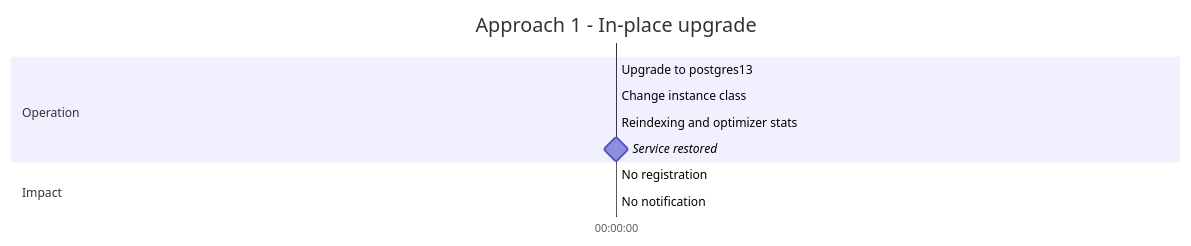
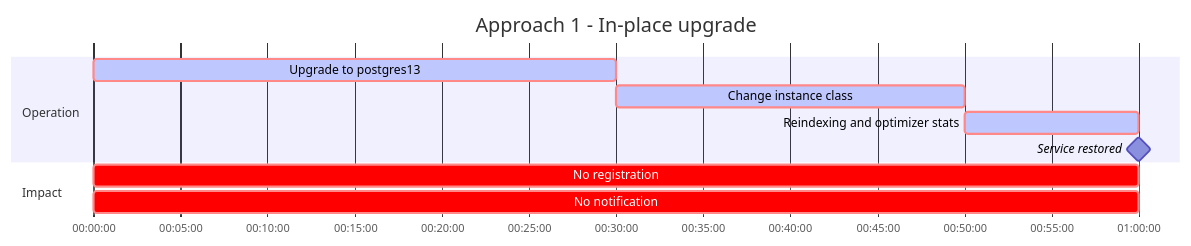
Before and after one commit to guardian/mobile-n10n: the first of 5 diagrams in docs/architecture/03-postgresql-upgrade.md, drawn with Mermaid. The commit also changed other lines of this file, not shown here.

Commit message:
Fix the mermaid diagram of the doc

````diff
--- a/docs/architecture/03-postgresql-upgrade.md
+++ b/docs/architecture/03-postgresql-upgrade.md
@@ -74,14 +74,14 @@
 ```mermaid
 gantt
     title Approach 1 - In-place upgrade
     dateFormat  HH:mm:ss
     axisFormat  %H:%M:%S
     section Operation
-    Upgrade to postgres13             :crit,active, a1, 00:00:00, 30min
-    Change instance class             :crit,active, a2, after a1, 20min
-    Reindexing and optimizer stats    :crit,active, a3, after a2, 10min
-    Service restored                  :milestone, after a3, 0min
+    Upgrade to postgres13             :crit,active, a1, 00:00:00, 30m
+    Change instance class             :crit,active, a2, after a1, 20m
+    Reindexing and optimizer stats    :crit,active, a3, after a2, 10m
+    Service restored                  :milestone, after a3, 0m
     section Impact 
-    No registration                   :crit, c1a, 00:00:00, 60min
-    No notification                   :crit, c1b, 00:00:00, 60min
+    No registration                   :crit, c1a, 00:00:00, 60m
+    No notification                   :crit, c1b, 00:00:00, 60m
 ```
````
